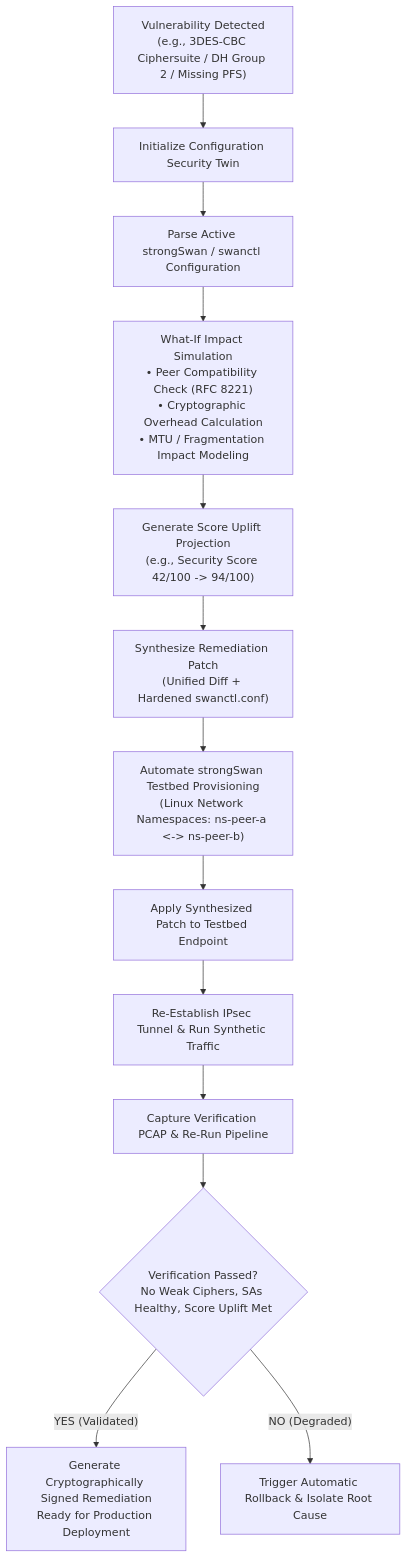
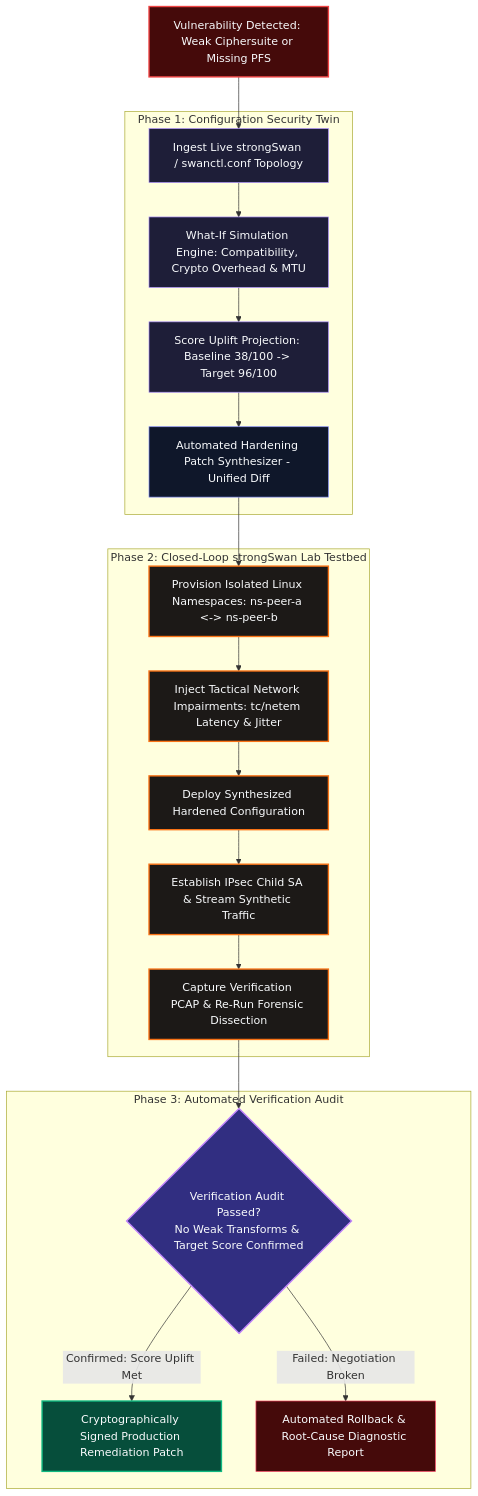
One commit to sharancode3/TunnelTrace-AI changed the fourth of 5 diagrams in README.md. Above: the diagram before and after it, drawn with Mermaid. The commit also changed other lines of this file, not shown here.

Commit message:
docs: position core architectural blueprints upfront with formal Figure labeling, rich multi-branch topologies, and zero emojis

````diff
--- a/README.md
+++ b/README.md
@@ -280,20 +238,49 @@
 ```mermaid
 graph TD
-    FINDING["Vulnerability Detected<br/>(e.g., 3DES-CBC Ciphersuite / DH Group 2 / Missing PFS)"] --> TWIN_INIT["Initialize Configuration Security Twin"]
-    TWIN_INIT --> PARSE_CONF["Parse Active strongSwan / swanctl Configuration"]
-    
-    PARSE_CONF --> SIMULATE["What-If Impact Simulation<br/>• Peer Compatibility Check (RFC 8221)<br/>• Cryptographic Overhead Calculation<br/>• MTU / Fragmentation Impact Modeling"]
-    
-    SIMULATE --> PROJECTION["Generate Score Uplift Projection<br/>(e.g., Security Score 42/100 -> 94/100)"]
-    PROJECTION --> SYNTHESIZE["Synthesize Remediation Patch<br/>(Unified Diff + Hardened swanctl.conf)"]
-    
-    SYNTHESIZE --> TESTBED_PROVISION["Automate strongSwan Testbed Provisioning<br/>(Linux Network Namespaces: ns-peer-a <-> ns-peer-b)"]
-    TESTBED_PROVISION --> APPLY_PATCH["Apply Synthesized Patch to Testbed Endpoint"]
-    APPLY_PATCH --> RE_EXECUTE["Re-Establish IPsec Tunnel & Run Synthetic Traffic"]
-    
-    RE_EXECUTE --> RE_CAPTURE["Capture Verification PCAP & Re-Run Pipeline"]
-    RE_CAPTURE --> VERIFY{"Verification Passed?<br/>No Weak Ciphers, SAs Healthy, Score Uplift Met"}
-    
-    VERIFY -->|"YES (Validated)"| SIGNED_PATCH["Generate Cryptographically Signed Remediation<br/>Ready for Production Deployment"]
-    VERIFY -->|"NO (Degraded)"| ROLLBACK["Trigger Automatic Rollback & Isolate Root Cause"]
+    classDef finding fill:#450a0a,stroke:#ef4444,stroke-width:2px,color:#f8fafc;
+    classDef twin fill:#1e1e38,stroke:#a78bfa,stroke-width:1px,color:#f8fafc;
+    classDef synth fill:#0f172a,stroke:#818cf8,stroke-width:1px,color:#f8fafc;
+    classDef lab fill:#1c1917,stroke:#f97316,stroke-width:2px,color:#f8fafc;
+    classDef verify fill:#312e81,stroke:#c084fc,stroke-width:2px,color:#f8fafc;
+    classDef passed fill:#064e3b,stroke:#10b981,stroke-width:2px,color:#f8fafc;
+    classDef failed fill:#450a0a,stroke:#f43f5e,stroke-width:1px,color:#f8fafc;
+
+    VULN[Vulnerability Detected: Weak Ciphersuite or Missing PFS]:::finding
+
+    subgraph Simulation_Twin [Phase 1: Configuration Security Twin]
+        CONF_INGEST[Ingest Live strongSwan / swanctl.conf Topology]:::twin
+        WHATIF[What-If Simulation Engine: Compatibility, Crypto Overhead & MTU]:::twin
+        PROJECTION[Score Uplift Projection: Baseline 38/100 -> Target 96/100]:::twin
+        PATCH_GEN[Automated Hardening Patch Synthesizer - Unified Diff]:::synth
+
+        CONF_INGEST --> WHATIF
+        WHATIF --> PROJECTION
+        PROJECTION --> PATCH_GEN
+    end
+
+    subgraph Verification_Lab [Phase 2: Closed-Loop strongSwan Lab Testbed]
+        NS_SETUP[Provision Isolated Linux Namespaces: ns-peer-a <-> ns-peer-b]:::lab
+        NETEM_INJECT[Inject Tactical Network Impairments: tc/netem Latency & Jitter]:::lab
+        APPLY_CONFIG[Deploy Synthesized Hardened Configuration]:::lab
+        TRAFFIC_RUN[Establish IPsec Child SA & Stream Synthetic Traffic]:::lab
+        RE_CAPTURE[Capture Verification PCAP & Re-Run Forensic Dissection]:::lab
+
+        NS_SETUP --> NETEM_INJECT
+        NETEM_INJECT --> APPLY_CONFIG
+        APPLY_CONFIG --> TRAFFIC_RUN
+        TRAFFIC_RUN --> RE_CAPTURE
+    end
+
+    subgraph Decision_Gate [Phase 3: Automated Verification Audit]
+        GATE{Verification Audit Passed?<br/>No Weak Transforms & Target Score Confirmed}:::verify
+        PROD_PATCH[Cryptographically Signed Production Remediation Patch]:::passed
+        ROLLBACK[Automated Rollback & Root-Cause Diagnostic Report]:::failed
+    end
+
+    VULN --> CONF_INGEST
+    PATCH_GEN --> NS_SETUP
+    RE_CAPTURE --> GATE
+
+    GATE -->|Confirmed: Score Uplift Met| PROD_PATCH
+    GATE -->|Failed: Negotiation Broken| ROLLBACK
 ```
````
